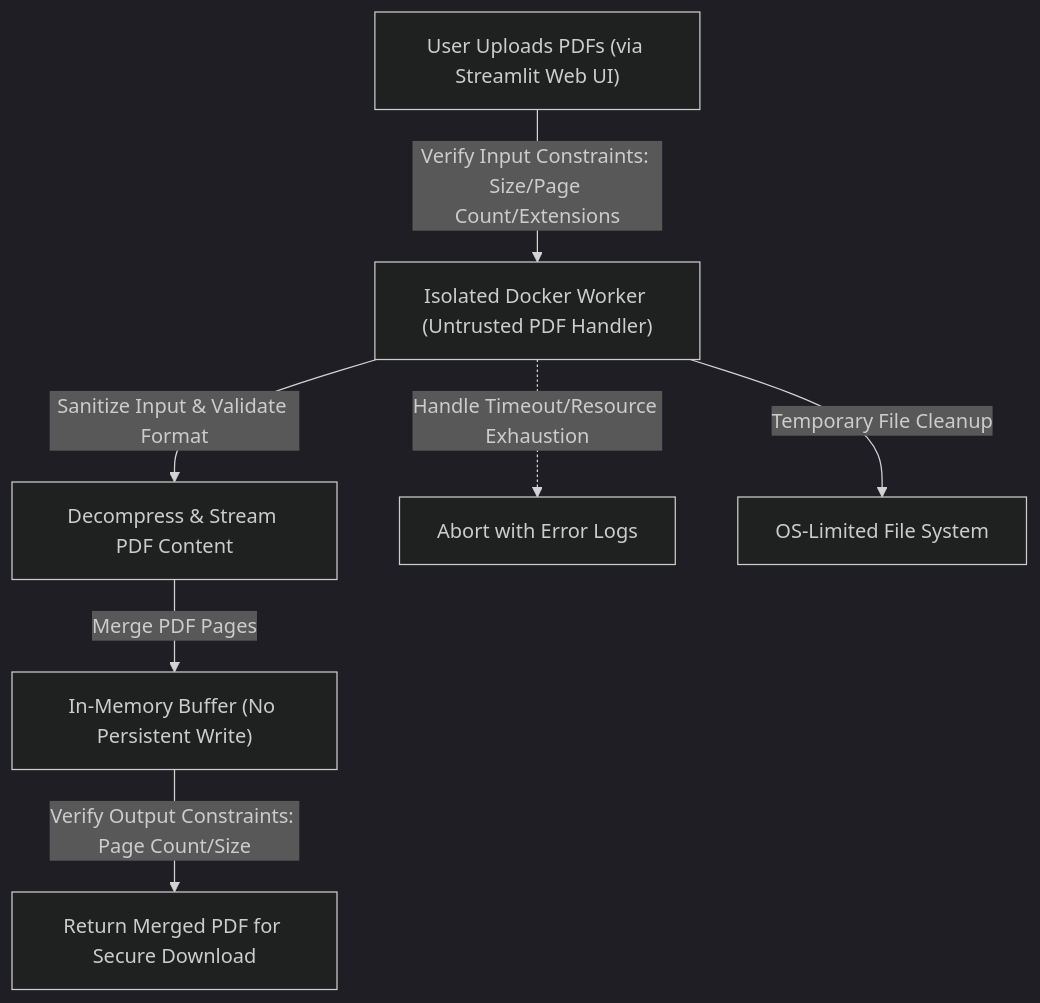
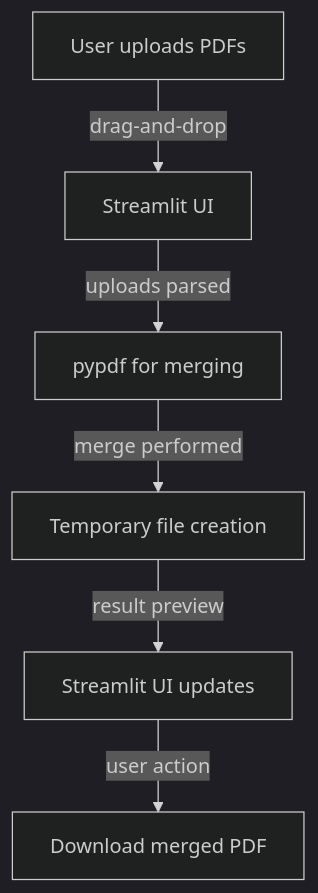
One commit to EF361/pdf_merger changed the diagram in README.md. Above: the diagram before and after it, drawn with Mermaid (dark theme). The commit also changed other lines of this file, not shown here.

Commit message:
docs: Updated existing README via AI Agent

````diff
--- a/README.md
+++ b/README.md
@@ -35,9 +21,8 @@
 ```mermaid
 flowchart TD
-    A["User Uploads PDFs (via Streamlit Web UI)"] -->|"Verify Input Constraints: Size/Page Count/Extensions"| B["Isolated Docker Worker (Untrusted PDF Handler)"]
-    B -->|"Sanitize Input & Validate Format"| C["Decompress & Stream PDF Content"]
-    C -->|"Merge PDF Pages"| D["In-Memory Buffer (No Persistent Write)"]
-    D -->|"Verify Output Constraints: Page Count/Size"| E["Return Merged PDF for Secure Download"]
-    B -.->|"Handle Timeout/Resource Exhaustion"| F["Abort with Error Logs"]
-    B -->|"Temporary File Cleanup"| G["OS-Limited File System"]
+    A["User uploads PDFs"] -->|"drag-and-drop"| B["Streamlit UI"]
+    B -->|"uploads parsed"| C["pypdf for merging"]
+    C -->|"merge performed"| D["Temporary file creation"]
+    D -->|"result preview"| E["Streamlit UI updates"]
+    E -->|"user action"| F["Download merged PDF"]
 ```
````
